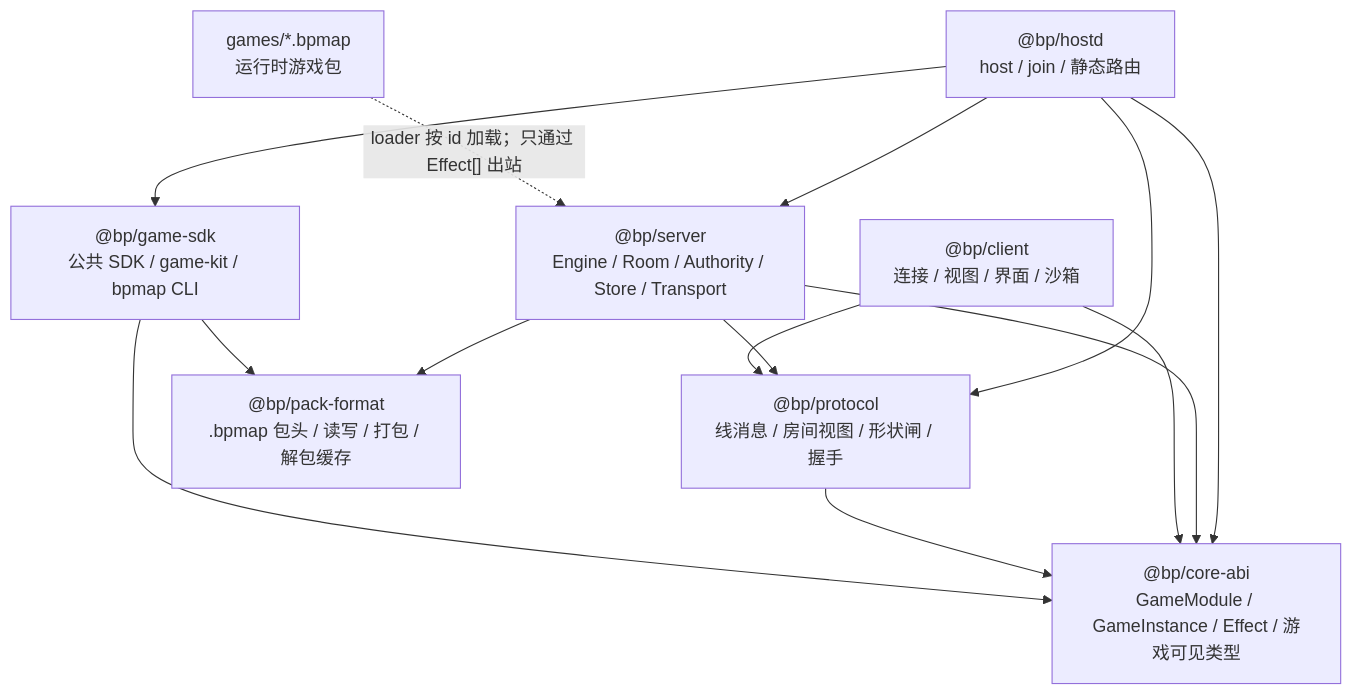
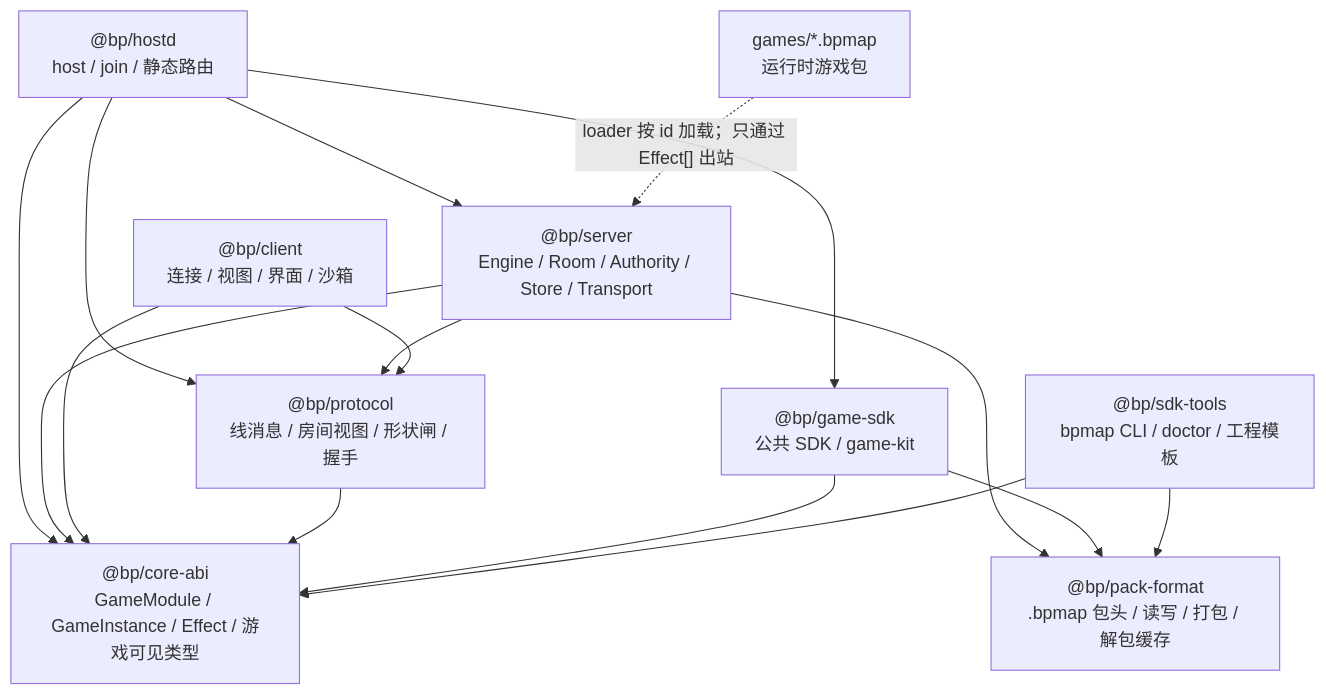
The sixth of 6 diagrams in DESIGN.md (Lizardon386/3178-battle-platform), drawn with Mermaid before and after one commit. The commit also changed other lines of this file and 12 other files, not shown here.

First line of the commit message:
refactor: 拆出 @bp/sdk-tools

````diff
--- a/DESIGN.md
+++ b/DESIGN.md
@@ -187,24 +188,27 @@
 ```mermaid
 flowchart TD
   A["@bp/core-abi<br/>GameModule / GameInstance / Effect / 游戏可见类型"]
   P["@bp/protocol<br/>线消息 / 房间视图 / 形状闸 / 握手"]
   F["@bp/pack-format<br/>.bpmap 包头 / 读写 / 打包 / 解包缓存"]
-  K["@bp/game-sdk<br/>公共 SDK / game-kit / bpmap CLI"]
+  K["@bp/game-sdk<br/>公共 SDK / game-kit"]
+  T["@bp/sdk-tools<br/>bpmap CLI / doctor / 工程模板"]
   S["@bp/server<br/>Engine / Room / Authority / Store / Transport"]
   C["@bp/client<br/>连接 / 视图 / 界面 / 沙箱"]
   H["@bp/hostd<br/>host / join / 静态路由"]
   G["games/*.bpmap<br/>运行时游戏包"]
   H --> S
   H --> P
   H --> A
   H --> K
   S --> A
   S --> P
   S --> F
   C --> A
   C --> P
   P --> A
   K --> A
   K --> F
+  T --> A
+  T --> F
   G -. "loader 按 id 加载；只通过 Effect[] 出站" .-> S
 ```
````
